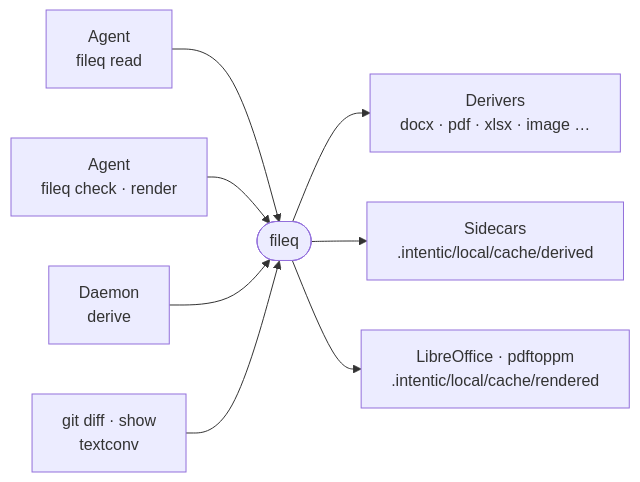
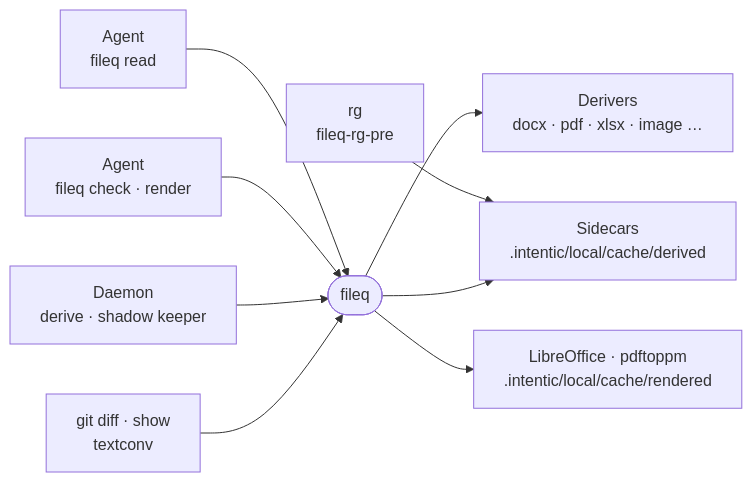
One commit to intentic/intentic changed the diagram in _sandbox/fileq/README.md. Above: the diagram before and after it, drawn with Mermaid. The commit also changed other lines of this file and 370 other files, not shown here.

````diff
--- a/_sandbox/fileq/README.md
+++ b/_sandbox/fileq/README.md
@@ -5,10 +5,11 @@
 ```mermaid
 flowchart LR
     agent["Agent<br/>fileq read"] --> fileq(["fileq"])
     maker["Agent<br/>fileq check · render"] --> fileq
-    daemon["Daemon<br/>derive"] --> fileq
+    daemon["Daemon<br/>derive · shadow keeper"] --> fileq
+    rg["rg<br/>fileq-rg-pre"] --> sidecars
     git["git diff · show<br/>textconv"] --> fileq
     fileq --> derivers["Derivers<br/>docx · pdf · xlsx · image …"]
     fileq --> sidecars["Sidecars<br/>.intentic/local/cache/derived"]
     fileq --> tools["LibreOffice · pdftoppm<br/>.intentic/local/cache/rendered"]
 ```
````
